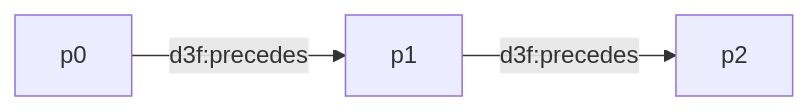
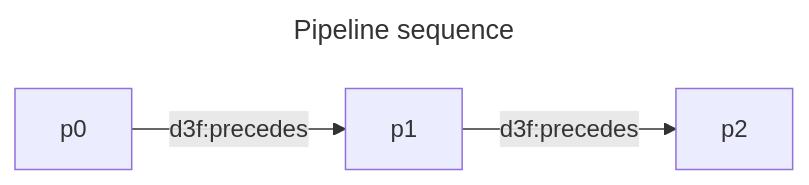
The second of 2 diagrams in app/src/data/examples/004-data-pipeline.md (ioggstream/d3sign), drawn with Mermaid before and after one commit. The commit also changed 8 other files, not shown here.

Commit message:
Fix: #6. Diagram titles.

````diff
--- a/app/src/data/examples/004-data-pipeline.md
+++ b/app/src/data/examples/004-data-pipeline.md
@@ -39,6 +39,9 @@
 ```mermaid
+---
+title: Pipeline sequence
+---
 graph LR
 
 p0 -->|d3f:precedes| p1 -->|d3f:precedes| p2
 
 ```
````
